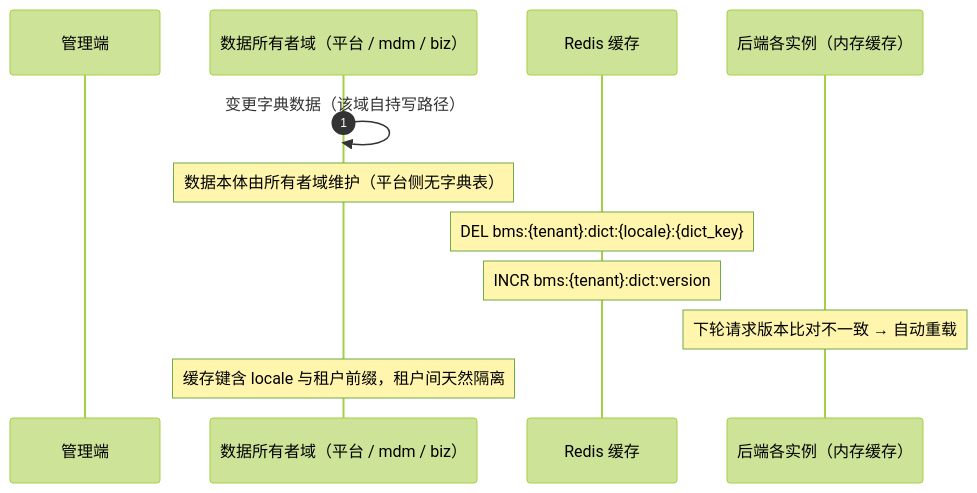
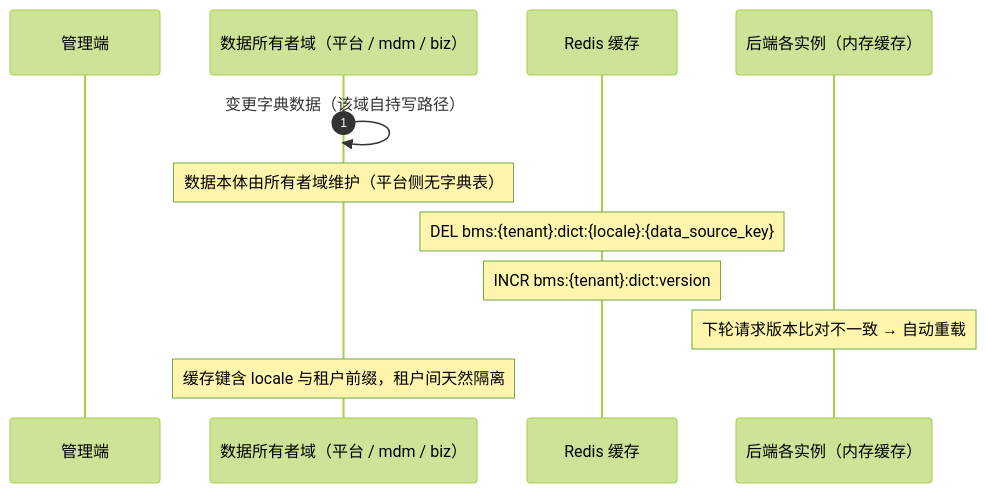
One commit to minjian123/basic-management-system changed the second of 2 diagrams in bms文档/设计/概要设计/09_概要设计_字典管理.md. Above: the diagram before and after it, drawn with Mermaid (forest theme). The commit also changed other lines of this file and 14 other files, not shown here.

````diff
--- a/bms文档/设计/概要设计/09_概要设计_字典管理.md
+++ b/bms文档/设计/概要设计/09_概要设计_字典管理.md
@@ -81,15 +81,15 @@
 ```mermaid
 sequenceDiagram
     autonumber
     participant 管理端
     participant 数据域 as 数据所有者域（平台 / mdm / biz）
     participant Redis 缓存
     participant 各实例 as 后端各实例（内存缓存）
 
     数据域->>数据域: 变更字典数据（该域自持写路径）
     Note over 数据域: 数据本体由所有者域维护（平台侧无字典表）
-    Note over Redis 缓存: DEL bms:{tenant}:dict:{locale}:{dict_key}
+    Note over Redis 缓存: DEL bms:{tenant}:dict:{locale}:{data_source_key}
     Note over Redis 缓存: INCR bms:{tenant}:dict:version
     Note over 各实例: 下轮请求版本比对不一致 → 自动重载
     Note over 数据域: 缓存键含 locale 与租户前缀，租户间天然隔离
 ```
````
